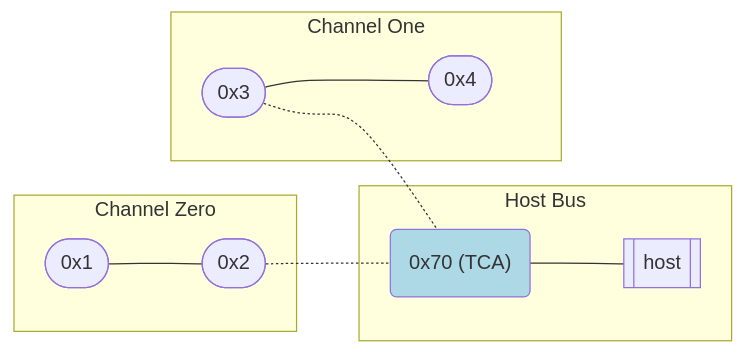
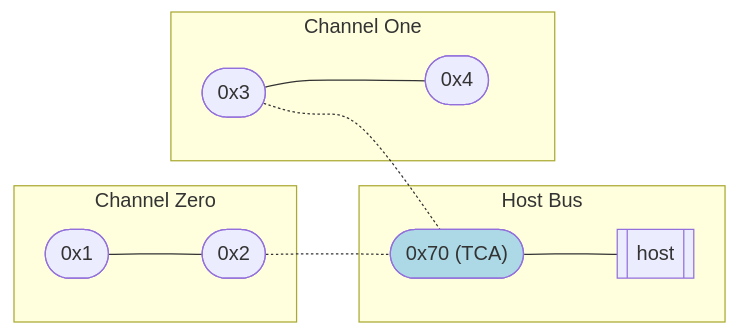
The diagram in examples/diagram-multibus.mmd (johntalton/tca9548a), drawn with Mermaid before and after one commit. The commit also changed 5 other files, not shown here.

```diff
--- a/examples/diagram-multibus.mmd
+++ b/examples/diagram-multibus.mmd
@@ -1,14 +1,14 @@
 graph LR
 	subgraph Host Bus
-		tca("0x70 (TCA)") --- h[[host]]
-		%% h[[host]] --- tca("0x70 (TCA)")
+		tca(["0x70 (TCA)"]) --- h[[host]]
+		%% h[[host]] --- tca(["0x70 (TCA)"])
 	end
 	subgraph zero[Channel Zero]
 		A([0x1]) --- B([0x2])
 	end
 	subgraph one[Channel One]
 		C([0x3]) --- D([0x4])
 	end
 	B -.- tca
 	C -.- tca
 	style tca fill: lightblue
```
